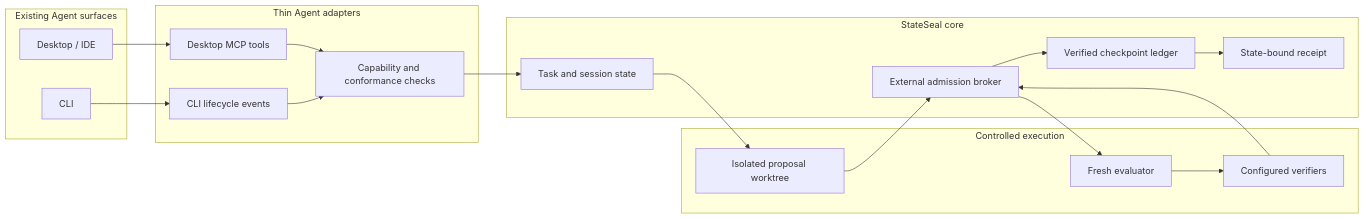
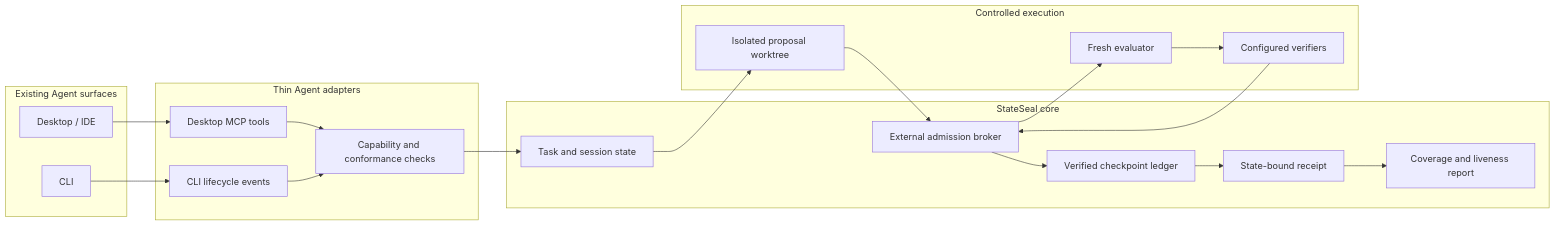
One commit to hellogxp/stateseal changed the second of 2 diagrams in docs/product-map.md. Above: the diagram before and after it, drawn with Mermaid. The commit also changed other lines of this file and 8 other files, not shown here.

````diff
--- a/docs/product-map.md
+++ b/docs/product-map.md
@@ -33,35 +34,36 @@
 ```mermaid
 flowchart LR
     subgraph Existing_Agent["Existing Agent surfaces"]
         CLI["CLI"]
         DESKTOP["Desktop / IDE"]
     end
 
     subgraph Thin_Adapters["Thin Agent adapters"]
         EVENTS["CLI lifecycle events"]
         MCP["Desktop MCP tools"]
         CAP["Capability and conformance checks"]
     end
 
     subgraph StateSeal_Core["StateSeal core"]
         SESSION["Task and session state"]
         BROKER["External admission broker"]
         CHECKPOINT["Verified checkpoint ledger"]
         RECEIPT["State-bound receipt"]
+        COVERAGE["Coverage and liveness report"]
     end
 
     subgraph Execution["Controlled execution"]
         PROPOSAL["Isolated proposal worktree"]
         EVALUATOR["Fresh evaluator"]
         VERIFIER["Configured verifiers"]
     end
 
     CLI --> EVENTS
     DESKTOP --> MCP
     MCP --> CAP
     EVENTS --> CAP --> SESSION
     SESSION --> PROPOSAL --> BROKER
     BROKER --> EVALUATOR --> VERIFIER
     VERIFIER --> BROKER
-    BROKER --> CHECKPOINT --> RECEIPT
+    BROKER --> CHECKPOINT --> RECEIPT --> COVERAGE
 ```
````
